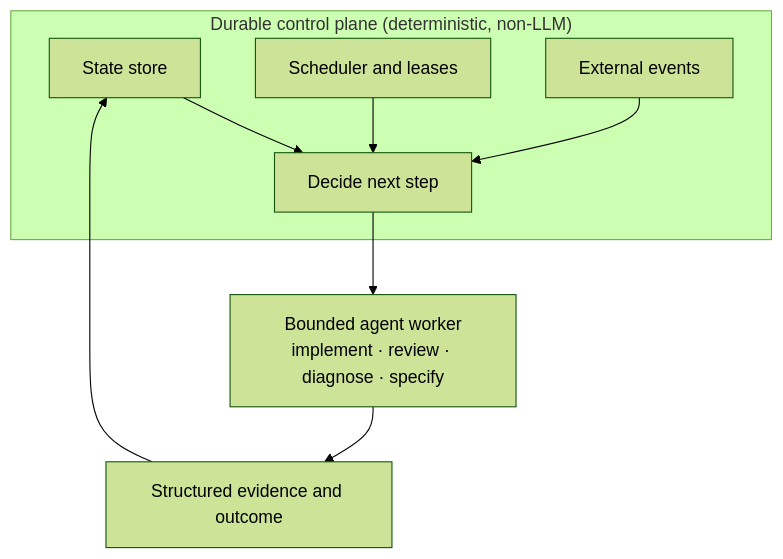
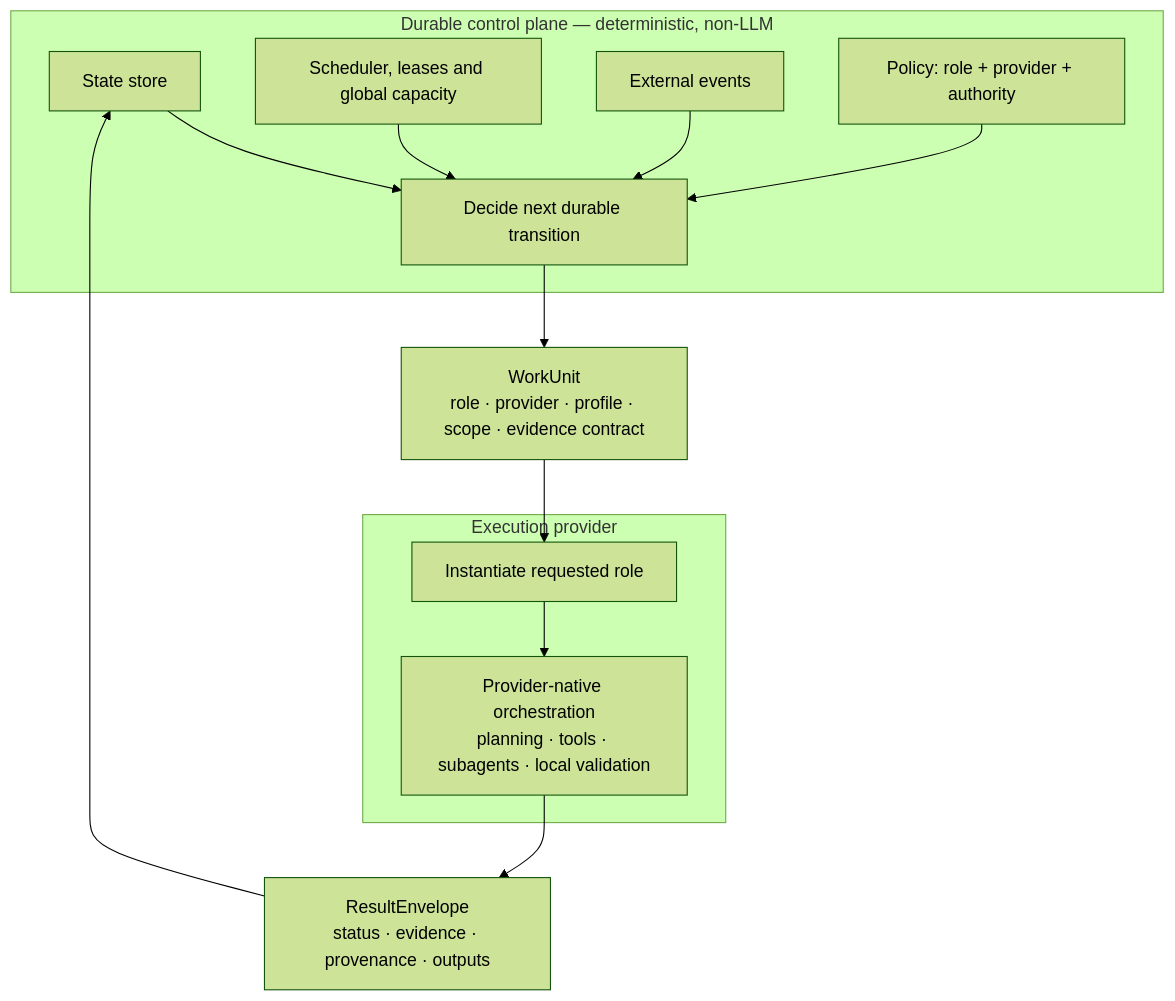
The second of 5 diagrams in articles/architecture-evolution-from-conversational-loop-to-durable-controller.md (msbi-ltd/agentic-harness-deep-dives), drawn with Mermaid (forest theme) before and after one commit. The commit also changed other lines of this file, not shown here.

Commit message:
docs: refine durable controller boundary

````diff
--- a/articles/architecture-evolution-from-conversational-loop-to-durable-controller.md
+++ b/articles/architecture-evolution-from-conversational-loop-to-durable-controller.md
@@ -74,15 +94,26 @@
 ```mermaid
 flowchart TD
-    subgraph CP["Durable control plane (deterministic, non-LLM)"]
+    subgraph CP["Durable control plane — deterministic, non-LLM"]
         S["State store"]
-        Q["Scheduler and leases"]
+        Q["Scheduler, leases and global capacity"]
         E["External events"]
-        D["Decide next step"]
+        P["Policy: role + provider + authority"]
+        D["Decide next durable transition"]
         S --> D
         Q --> D
         E --> D
+        P --> D
     end
-    D --> W["Bounded agent worker<br/>implement · review · diagnose · specify"]
-    W --> O["Structured evidence and outcome"]
+
+    D --> W["WorkUnit<br/>role · provider · profile · scope · evidence contract"]
+
+    subgraph EP["Execution provider"]
+        R["Instantiate requested role"]
+        N["Provider-native orchestration<br/>planning · tools · subagents · local validation"]
+        R --> N
+    end
+
+    W --> R
+    N --> O["ResultEnvelope<br/>status · evidence · provenance · outputs"]
     O --> S
 ```
````
